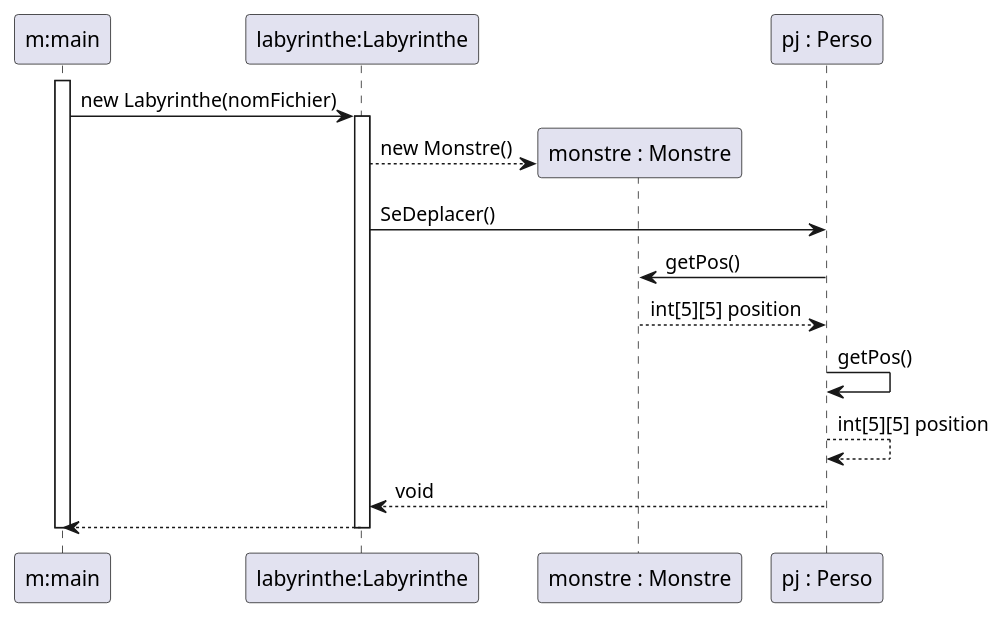
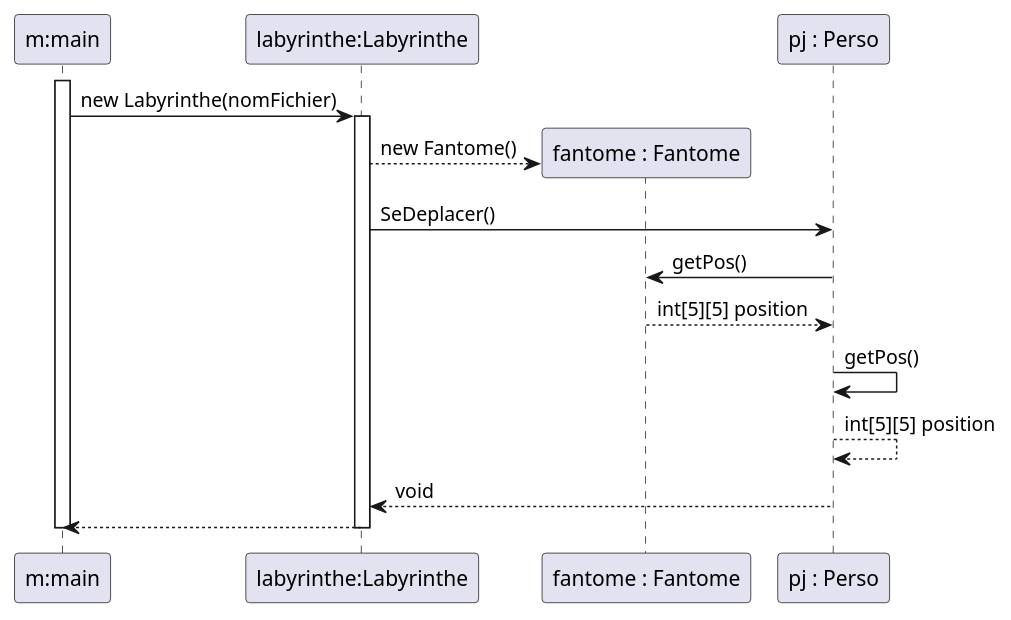
The fourth of 5 diagrams in documents/itération1/itération1.puml (Baloo54/Zeldiablo_Comte_Fuchs_Andre_Mathieu), drawn with PlantUML before and after one commit. The commit also changed other lines of this file and 5 other files, not shown here.

```diff
--- a/documents/itération1/itération1.puml
+++ b/documents/itération1/itération1.puml
@@ -151,27 +133,27 @@
 @startuml  sequenceEntite
 
 participant "m:main" as main
 participant "labyrinthe:Labyrinthe" as labyrinthe
-participant "monstre : Monstre" as Monstre
+participant "fantome : Fantome" as Fantome
 participant "pj : Perso" as pj
 
 activate main
 main -> labyrinthe : new Labyrinthe(nomFichier)
 activate labyrinthe
 
 
 
-create Monstre
-labyrinthe --> Monstre : new Monstre()
+create Fantome
+labyrinthe --> Fantome : new Fantome()
 labyrinthe -> pj : SeDeplacer()
-pj -> Monstre : getPos()
-Monstre --> pj : int[5][5] position
+pj -> Fantome : getPos()
+Fantome --> pj : int[5][5] position
 pj -> pj : getPos()
 pj --> pj : int[5][5] position
 pj --> labyrinthe : void
 
 
 labyrinthe --> main
 deactivate labyrinthe
 deactivate main
 @enduml
```
